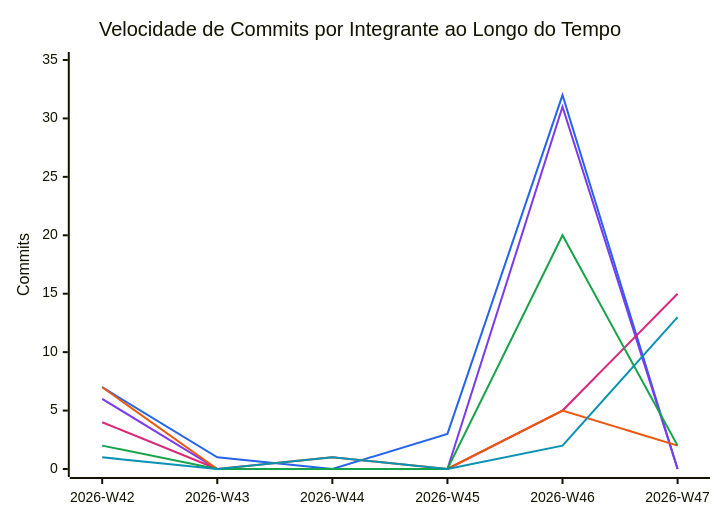
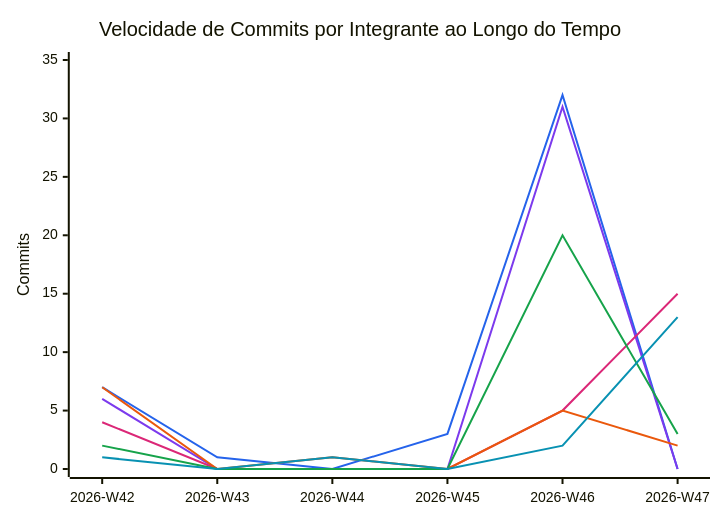
One commit to FCTE-Qualidade-de-Software-1/2026-2_T02_KAY_MCNULTY changed the diagram in snippets/commit-velocity.mmd. Above: the diagram before and after it, drawn with Mermaid. The commit also changed 3 other files, not shown here.

```diff
--- a/snippets/commit-velocity.mmd
+++ b/snippets/commit-velocity.mmd
@@ -1,11 +1,11 @@
 %%{init: {"themeVariables": {"xyChart": {"plotColorPalette": "#2563eb, #7c3aed, #db2777, #ea580c, #16a34a, #0891b2"}}}}%%
 xychart-beta
     title "Velocidade de Commits por Integrante ao Longo do Tempo"
     x-axis ["2026-W42", "2026-W43", "2026-W44", "2026-W45", "2026-W46", "2026-W47"]
     y-axis "Commits" 0 --> 35
     line [7, 1, 0, 3, 32, 0]
     line [6, 0, 0, 0, 31, 0]
     line [4, 0, 0, 0, 5, 15]
     line [7, 0, 1, 0, 5, 2]
-    line [2, 0, 0, 0, 20, 2]
+    line [2, 0, 0, 0, 20, 3]
     line [1, 0, 1, 0, 2, 13]
```
